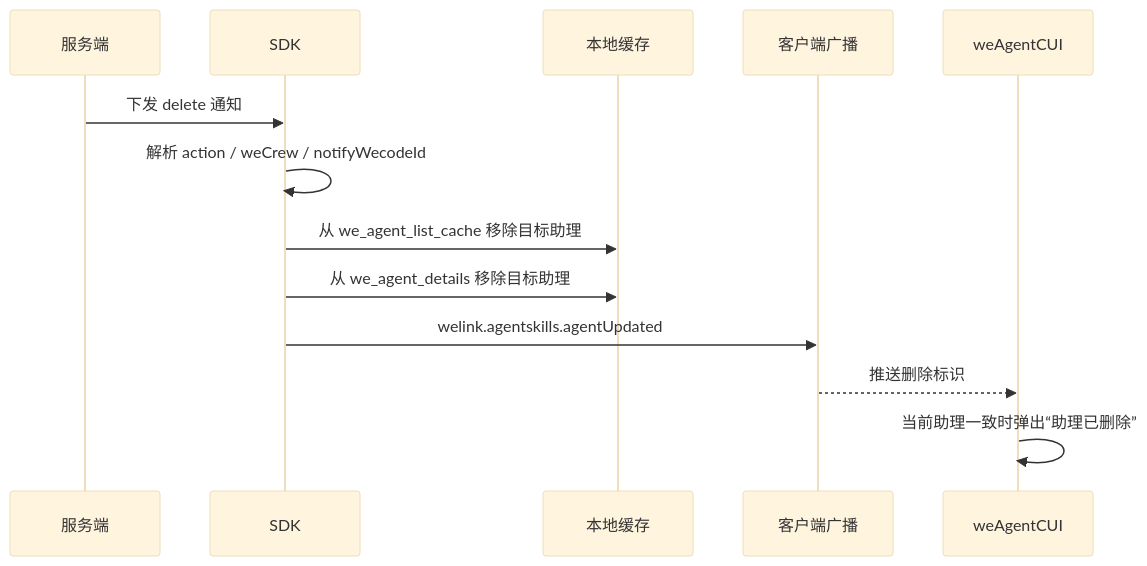
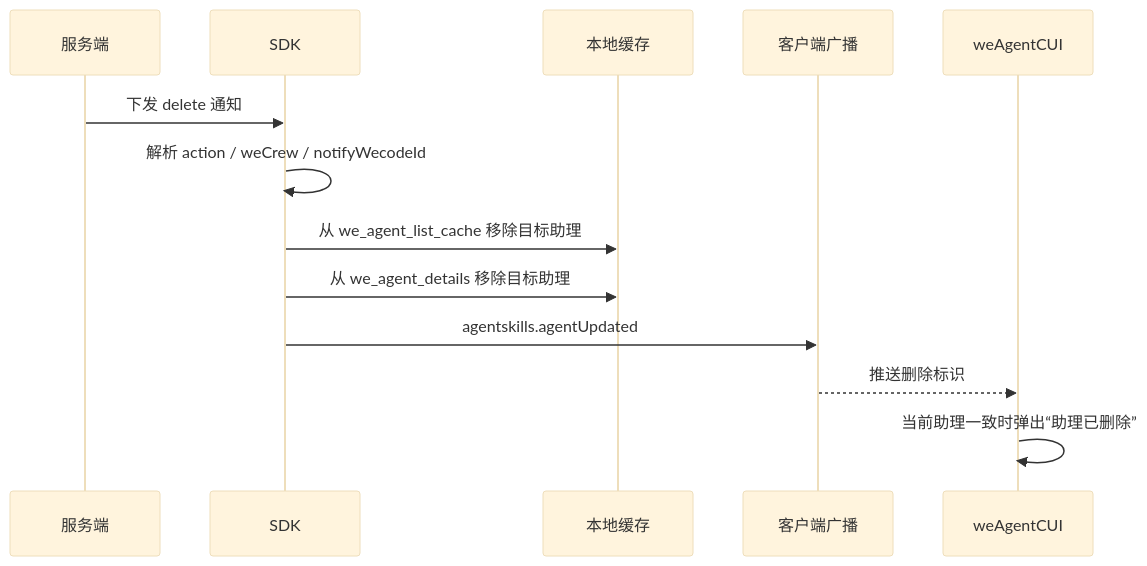
Before and after one commit to Abelsjcheng/skillSDK: the fourth of 9 diagrams in 2026-05-08-we-agent-detail-sync-plan.md, drawn with Mermaid (base theme). The commit also changed other lines of this file, not shown here.

````diff
--- a/2026-05-08-we-agent-detail-sync-plan.md
+++ b/2026-05-08-we-agent-detail-sync-plan.md
@@ -116,16 +116,16 @@
 ```mermaid
 sequenceDiagram
     participant Server as 服务端
     participant SDK as SDK
     participant Cache as 本地缓存
     participant Broadcast as 客户端广播
     participant Page as weAgentCUI
 
     Server->>SDK: 下发 delete 通知
     SDK->>SDK: 解析 action / weCrew / notifyWecodeId
     SDK->>Cache: 从 we_agent_list_cache 移除目标助理
     SDK->>Cache: 从 we_agent_details 移除目标助理
-    SDK->>Broadcast: welink.agentskills.agentUpdated
+    SDK->>Broadcast: agentskills.agentUpdated
     Broadcast-->>Page: 推送删除标识
     Page->>Page: 当前助理一致时弹出“助理已删除”
 ```
````
